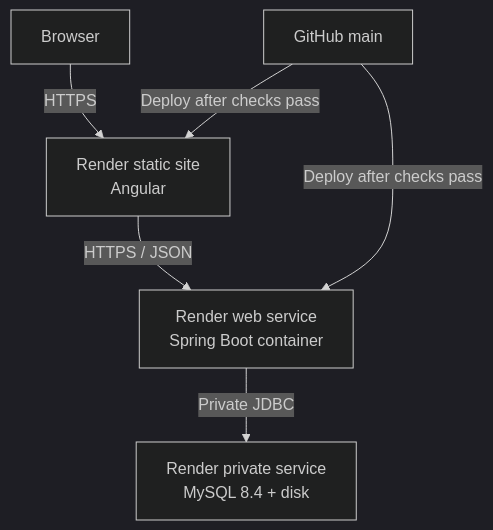
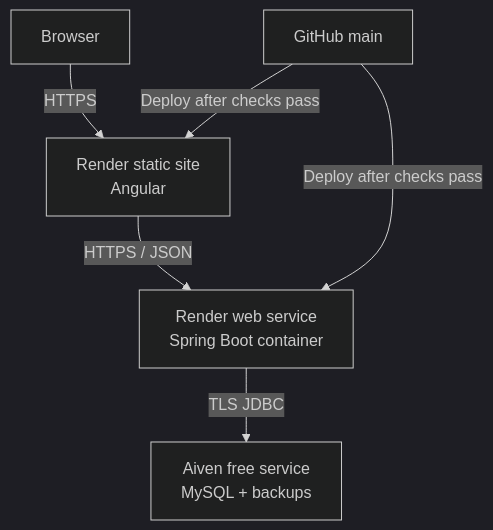
The diagram in Docs/DEPLOYMENT.md (NeelLogic/JobTrackr), drawn with Mermaid (dark theme) before and after one commit. The commit also changed other lines of this file and 3 other files, not shown here.

````diff
--- a/Docs/DEPLOYMENT.md
+++ b/Docs/DEPLOYMENT.md
@@ -27,8 +28,8 @@
 ```mermaid
 flowchart TB
     USER["Browser"] -->|"HTTPS"| FRONTEND["Render static site<br/>Angular"]
     FRONTEND -->|"HTTPS / JSON"| BACKEND["Render web service<br/>Spring Boot container"]
-    BACKEND -->|"Private JDBC"| MYSQL["Render private service<br/>MySQL 8.4 + disk"]
+    BACKEND -->|"TLS JDBC"| MYSQL["Aiven free service<br/>MySQL + backups"]
     GITHUB["GitHub main"] -->|"Deploy after checks pass"| FRONTEND
     GITHUB -->|"Deploy after checks pass"| BACKEND
 ```
````
